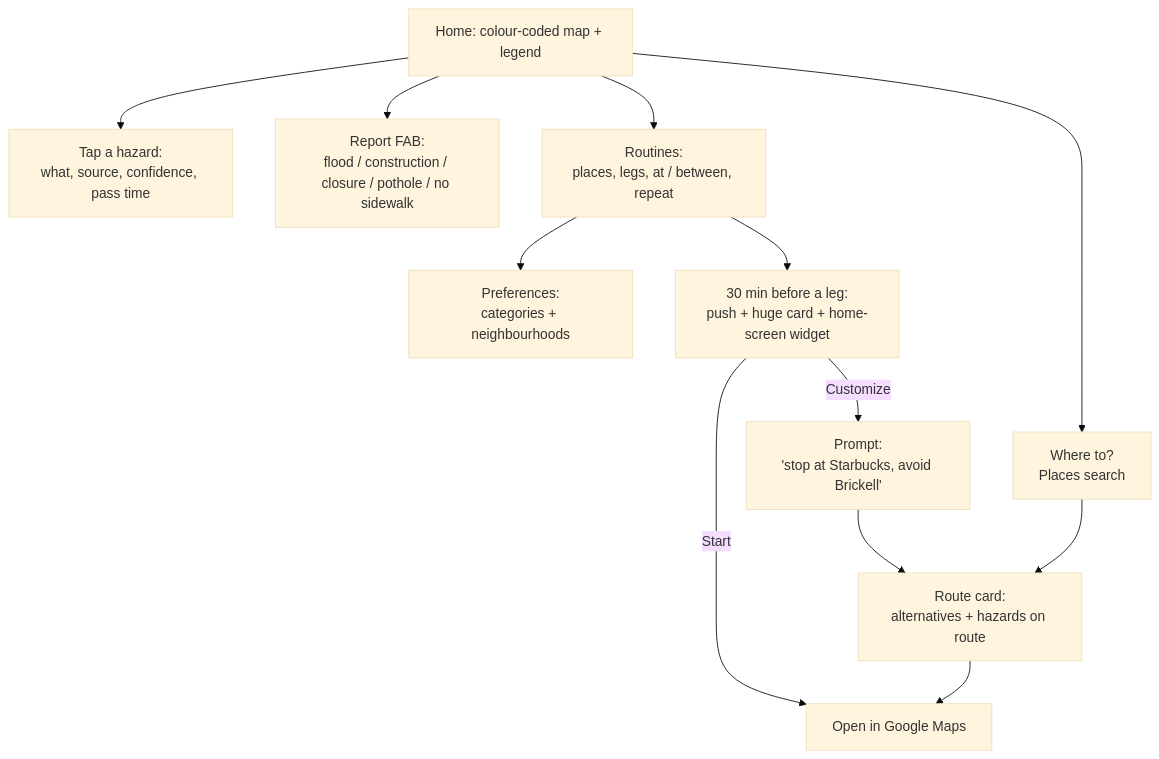
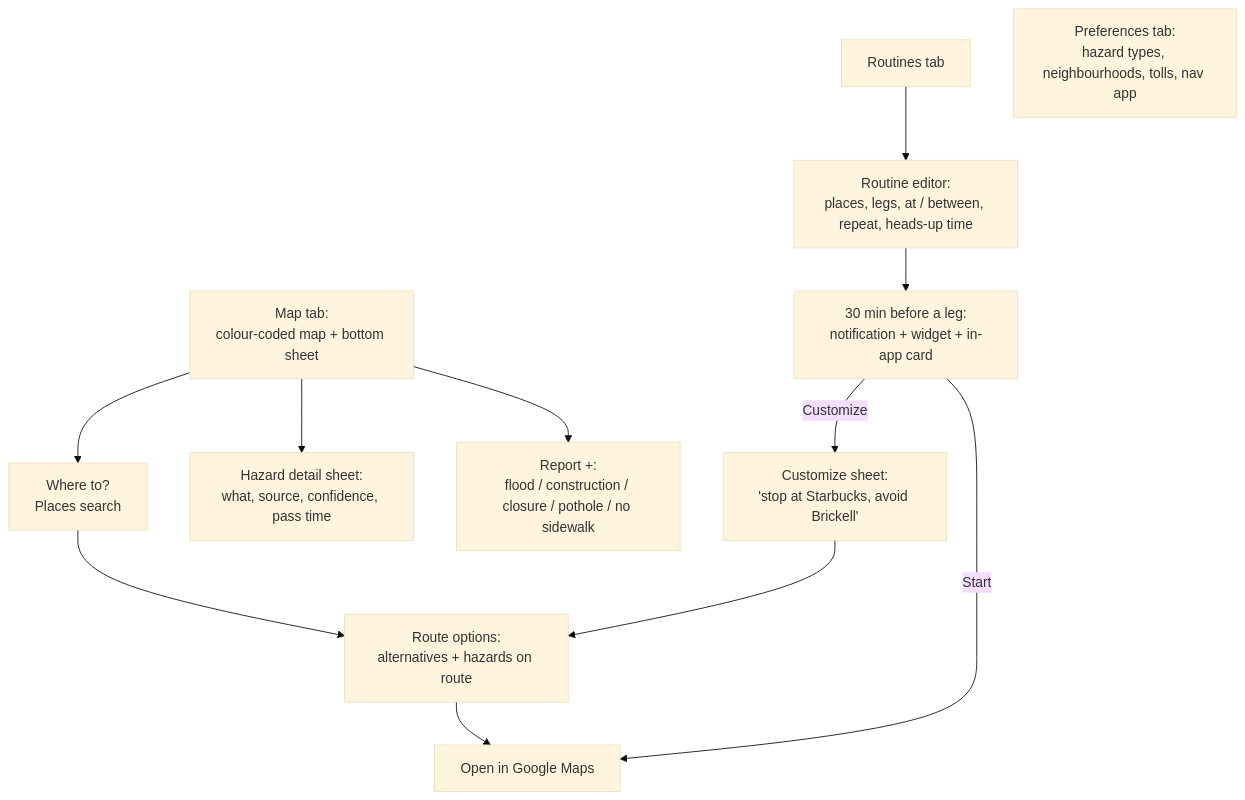
One commit to TomasPessagno/mapay changed the second of 2 diagrams in AGENTS.md. Above: the diagram before and after it, drawn with Mermaid (base theme). The commit also changed other lines of this file and 4 other files, not shown here.

````diff
--- a/AGENTS.md
+++ b/AGENTS.md
@@ -446,14 +497,14 @@
 ```mermaid
 flowchart TD
-    Home[Home: colour-coded map + legend] --> Search[Where to?<br/>Places search]
-    Search --> Route[Route card:<br/>alternatives + hazards on route]
+    Map[Map tab:<br/>colour-coded map + bottom sheet] --> Search[Where to?<br/>Places search]
+    Search --> Route[Route options:<br/>alternatives + hazards on route]
     Route --> Open[Open in Google Maps]
-    Home --> Detail[Tap a hazard:<br/>what, source, confidence, pass time]
-    Home --> Report[Report FAB:<br/>flood / construction / closure / pothole / no sidewalk]
-    Home --> Routines[Routines:<br/>places, legs, at / between, repeat]
-    Routines --> Prefs[Preferences:<br/>categories + neighbourhoods]
-    Routines --> Heads[30 min before a leg:<br/>push + huge card + home-screen widget]
+    Map --> Detail[Hazard detail sheet:<br/>what, source, confidence, pass time]
+    Map --> Report[Report +:<br/>flood / construction / closure / pothole / no sidewalk]
+    Routines[Routines tab] --> Editor[Routine editor:<br/>places, legs, at / between, repeat, heads-up time]
+    Prefs[Preferences tab:<br/>hazard types, neighbourhoods, tolls, nav app]
+    Editor --> Heads[30 min before a leg:<br/>notification + widget + in-app card]
     Heads -->|Start| Open
-    Heads -->|Customize| Prompt[Prompt:<br/>'stop at Starbucks, avoid Brickell']
+    Heads -->|Customize| Prompt[Customize sheet:<br/>'stop at Starbucks, avoid Brickell']
     Prompt --> Route
 ```
````
